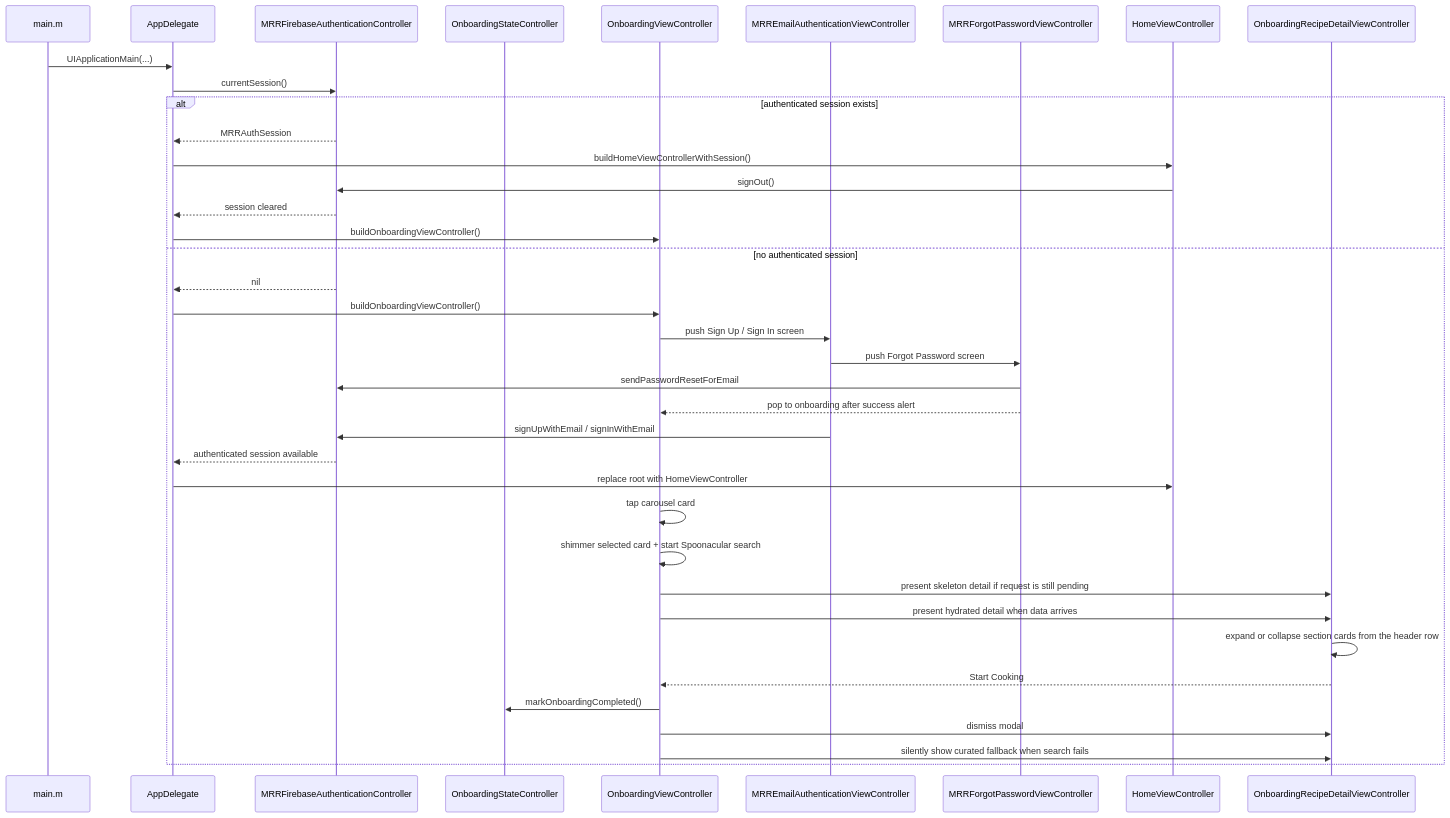
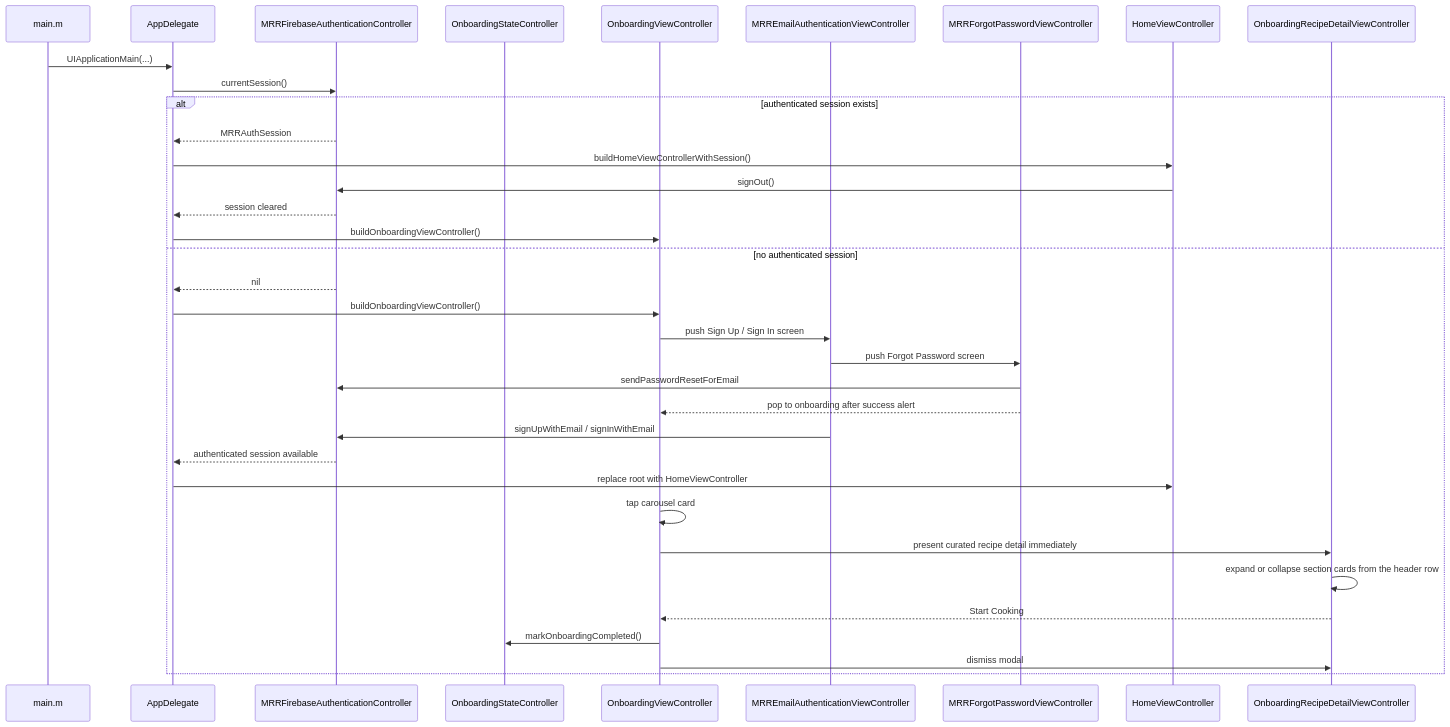
The second of 6 diagrams in ARCHITECTURE.md (bengidev/ios-mrr-experiment), drawn with Mermaid before and after one commit. The commit also changed other lines of this file and 7 other files, not shown here.

Commit message:
refactor(onboarding): remove unused recipe api flow

````diff
--- a/ARCHITECTURE.md
+++ b/ARCHITECTURE.md
@@ -84,41 +80,38 @@
 ```mermaid
 sequenceDiagram
   participant main as main.m
   participant app as AppDelegate
   participant auth as MRRFirebaseAuthenticationController
   participant state as OnboardingStateController
   participant onboarding as OnboardingViewController
   participant email as MRREmailAuthenticationViewController
   participant reset as MRRForgotPasswordViewController
   participant home as HomeViewController
   participant detail as OnboardingRecipeDetailViewController
 
   main->>app: UIApplicationMain(...)
   app->>auth: currentSession()
   alt authenticated session exists
     auth-->>app: MRRAuthSession
     app->>home: buildHomeViewControllerWithSession()
     home->>auth: signOut()
     auth-->>app: session cleared
     app->>onboarding: buildOnboardingViewController()
   else no authenticated session
     auth-->>app: nil
     app->>onboarding: buildOnboardingViewController()
     onboarding->>email: push Sign Up / Sign In screen
     email->>reset: push Forgot Password screen
     reset->>auth: sendPasswordResetForEmail
     reset-->>onboarding: pop to onboarding after success alert
     email->>auth: signUpWithEmail / signInWithEmail
     auth-->>app: authenticated session available
     app->>home: replace root with HomeViewController
     onboarding->>onboarding: tap carousel card
-    onboarding->>onboarding: shimmer selected card + start Spoonacular search
-    onboarding->>detail: present skeleton detail if request is still pending
-    onboarding->>detail: present hydrated detail when data arrives
+    onboarding->>detail: present curated recipe detail immediately
     detail->>detail: expand or collapse section cards from the header row
     detail-->>onboarding: Start Cooking
     onboarding->>state: markOnboardingCompleted()
     onboarding->>detail: dismiss modal
-    onboarding->>detail: silently show curated fallback when search fails
   end
 ```
````
